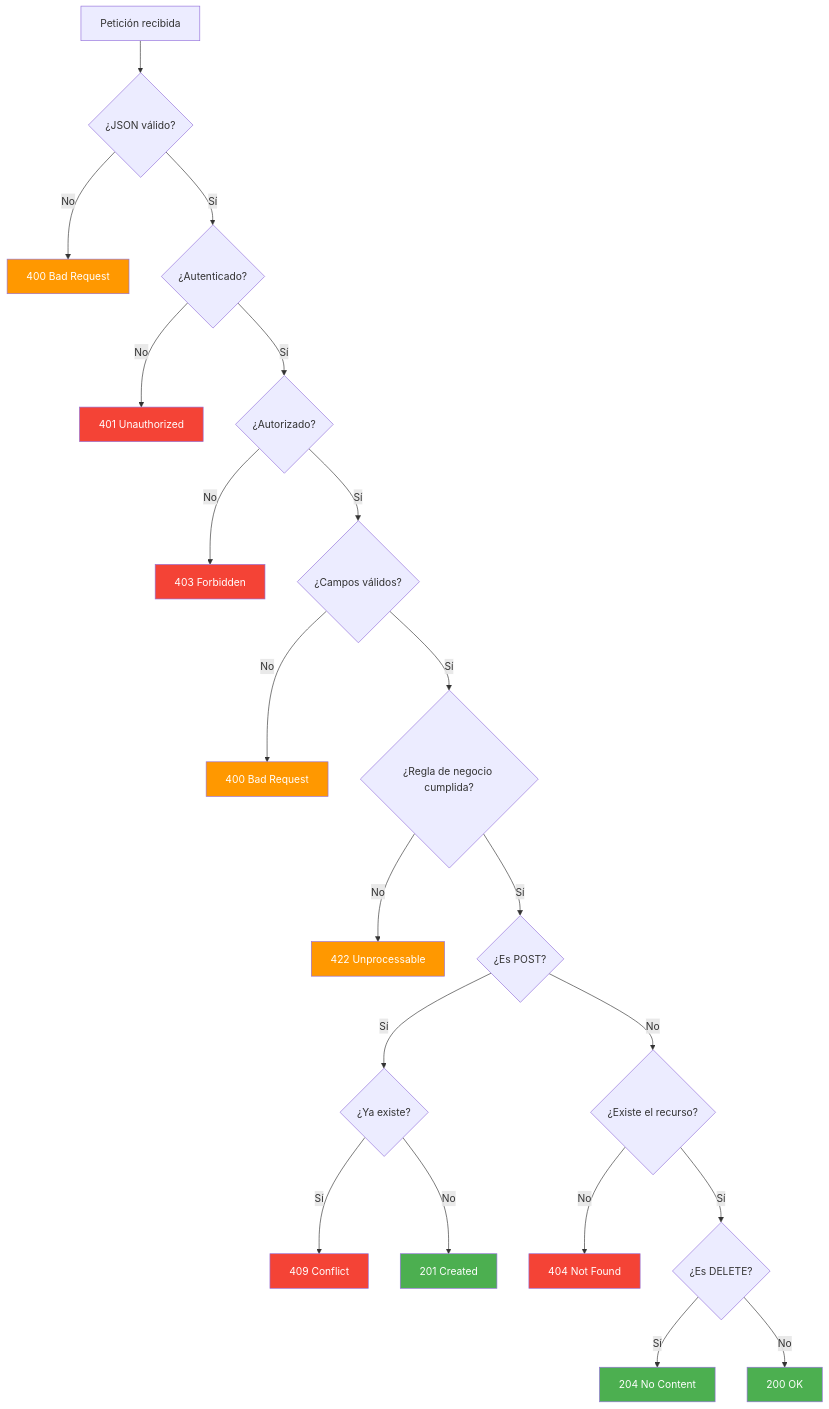
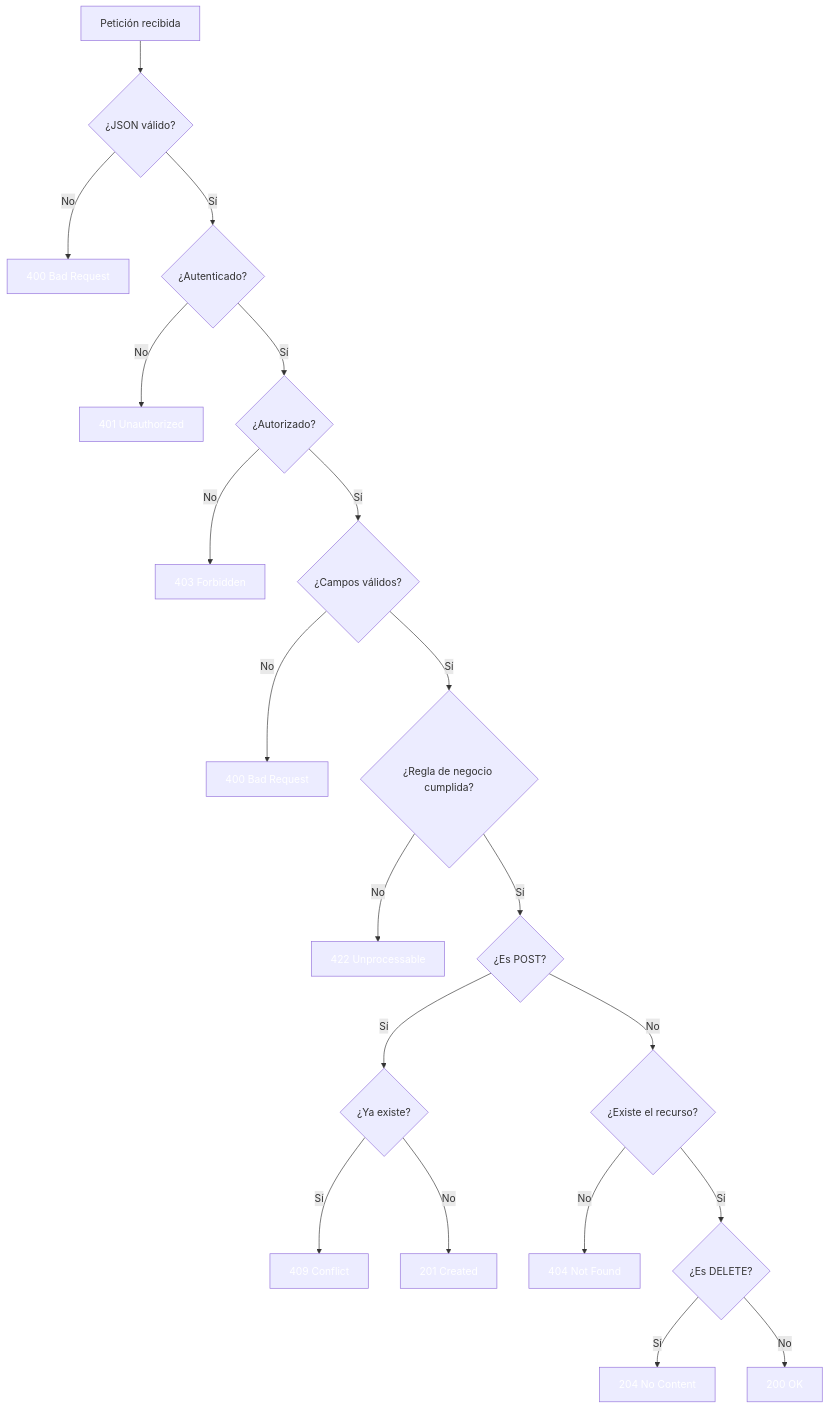
The fourth of 4 diagrams in 02-rest-api.md (joseluisgs/DesarrolloWebEntornosServidor-02-2026-2027), drawn with Mermaid before and after one commit. The commit also changed other lines of this file and 41 other files, not shown here.

````diff
--- a/02-rest-api.md
+++ b/02-rest-api.md
@@ -356,32 +356,32 @@
 ```mermaid
 flowchart TD
     A["Petición recibida"] --> B{"¿JSON válido?"}
     B -->|No| C["400 Bad Request"]
     B -->|Sí| D{"¿Autenticado?"}
     D -->|No| E["401 Unauthorized"]
     D -->|Sí| F{"¿Autorizado?"}
     F -->|No| G["403 Forbidden"]
     F -->|Sí| H{"¿Campos válidos?"}
     H -->|No| I["400 Bad Request"]
     H -->|Sí| H2{"¿Regla de negocio cumplida?"}
     H2 -->|No| I2["422 Unprocessable"]
     H2 -->|Sí| J{"¿Es POST?"}
     J -->|Sí| K{"¿Ya existe?"}
     K -->|Sí| L["409 Conflict"]
     K -->|No| M["201 Created"]
     J -->|No| N{"¿Existe el recurso?"}
     N -->|No| O["404 Not Found"]
     N -->|Sí| P{"¿Es DELETE?"}
     P -->|Sí| Q["204 No Content"]
     P -->|No| R["200 OK"]
-    style C fill:#FF9800,color:#fff
-    style E fill:#f44336,color:#fff
-    style G fill:#f44336,color:#fff
-    style I fill:#FF9800,color:#fff
-    style I2 fill:#FF9800,color:#fff
-    style L fill:#f44336,color:#fff
-    style M fill:#4CAF50,color:#fff
-    style O fill:#f44336,color:#fff
-    style Q fill:#4CAF50,color:#fff
-    style R fill:#4CAF50,color:#fff
+    style C fill:#FF980,color:#fff0,color:#fff
+    style E fill:#f4433,color:#fff6,color:#fff
+    style G fill:#f4433,color:#fff6,color:#fff
+    style I fill:#FF980,color:#fff0,color:#fff
+    style I2 fill:#FF980,color:#fff0,color:#fff
+    style L fill:#f4433,color:#fff6,color:#fff
+    style M fill:#4CAF5,color:#fff0,color:#fff
+    style O fill:#f4433,color:#fff6,color:#fff
+    style Q fill:#4CAF5,color:#fff0,color:#fff
+    style R fill:#4CAF5,color:#fff0,color:#fff
 ```
````
